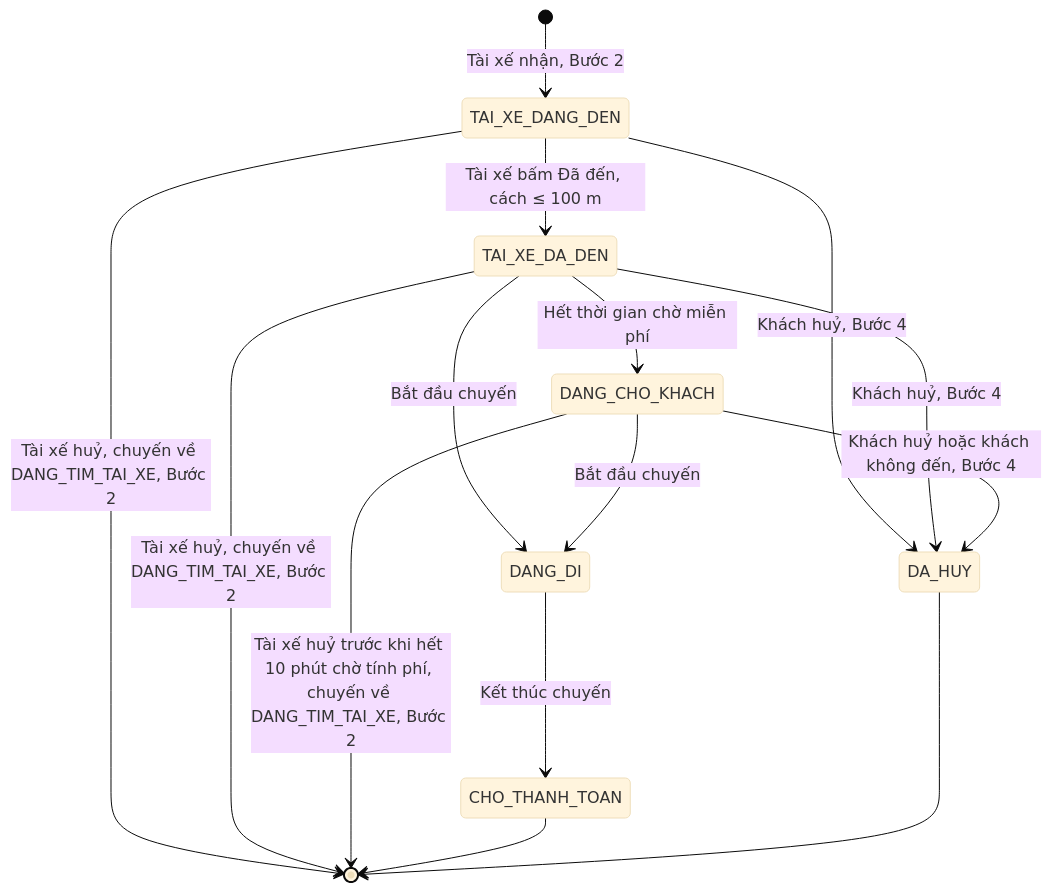
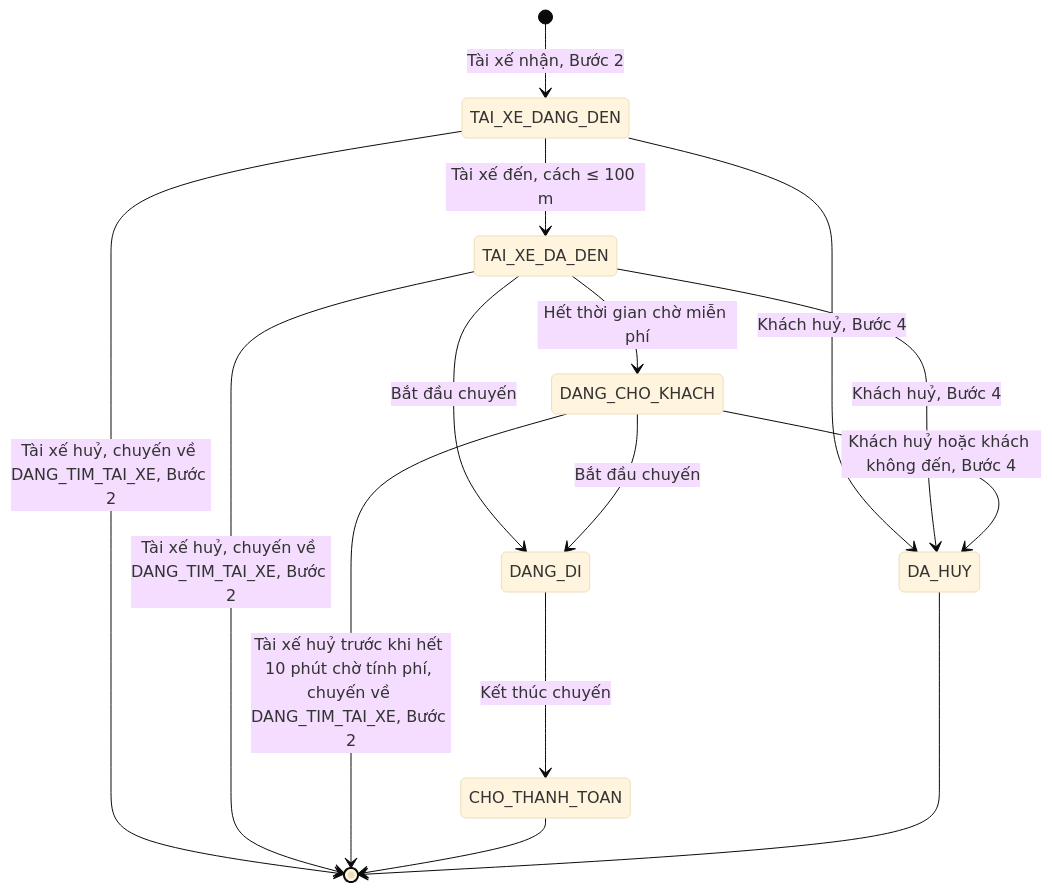
The third of 20 diagrams in docs/SRS.md (uxfoundation-vn/de05-dat-xe-cho-khach), drawn with Mermaid (base theme) before and after one commit. The commit also changed other lines of this file and 2 other files, not shown here.

````diff
--- a/docs/SRS.md
+++ b/docs/SRS.md
@@ -177,17 +161,17 @@
 ```mermaid
 stateDiagram-v2
   [*] --> TAI_XE_DANG_DEN : Tài xế nhận, Bước 2
-  TAI_XE_DANG_DEN --> TAI_XE_DA_DEN : Tài xế bấm Đã đến, cách ≤ 100 m
+  TAI_XE_DANG_DEN --> TAI_XE_DA_DEN : Tài xế đến, cách ≤ 100 m
   TAI_XE_DA_DEN --> DANG_CHO_KHACH : Hết thời gian chờ miễn phí
   TAI_XE_DA_DEN --> DANG_DI : Bắt đầu chuyến
   DANG_CHO_KHACH --> DANG_DI : Bắt đầu chuyến
   DANG_DI --> CHO_THANH_TOAN : Kết thúc chuyến
   TAI_XE_DANG_DEN --> [*] : Tài xế huỷ, chuyến về DANG_TIM_TAI_XE, Bước 2
   TAI_XE_DANG_DEN --> DA_HUY : Khách huỷ, Bước 4
   TAI_XE_DA_DEN --> [*] : Tài xế huỷ, chuyến về DANG_TIM_TAI_XE, Bước 2
   DANG_CHO_KHACH --> [*] : Tài xế huỷ trước khi hết 10 phút chờ tính phí, chuyến về DANG_TIM_TAI_XE, Bước 2
   TAI_XE_DA_DEN --> DA_HUY : Khách huỷ, Bước 4
   DANG_CHO_KHACH --> DA_HUY : Khách huỷ hoặc khách không đến, Bước 4
   CHO_THANH_TOAN --> [*]
   DA_HUY --> [*]
 ```
````
